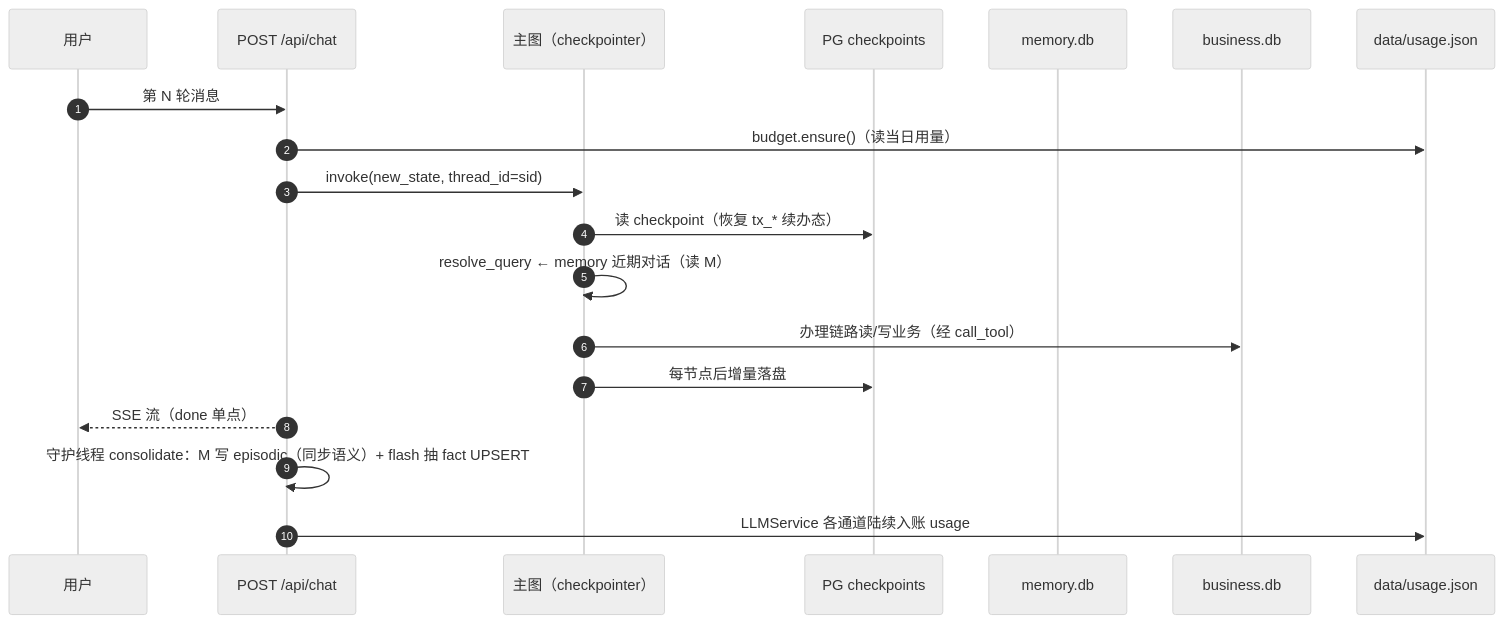
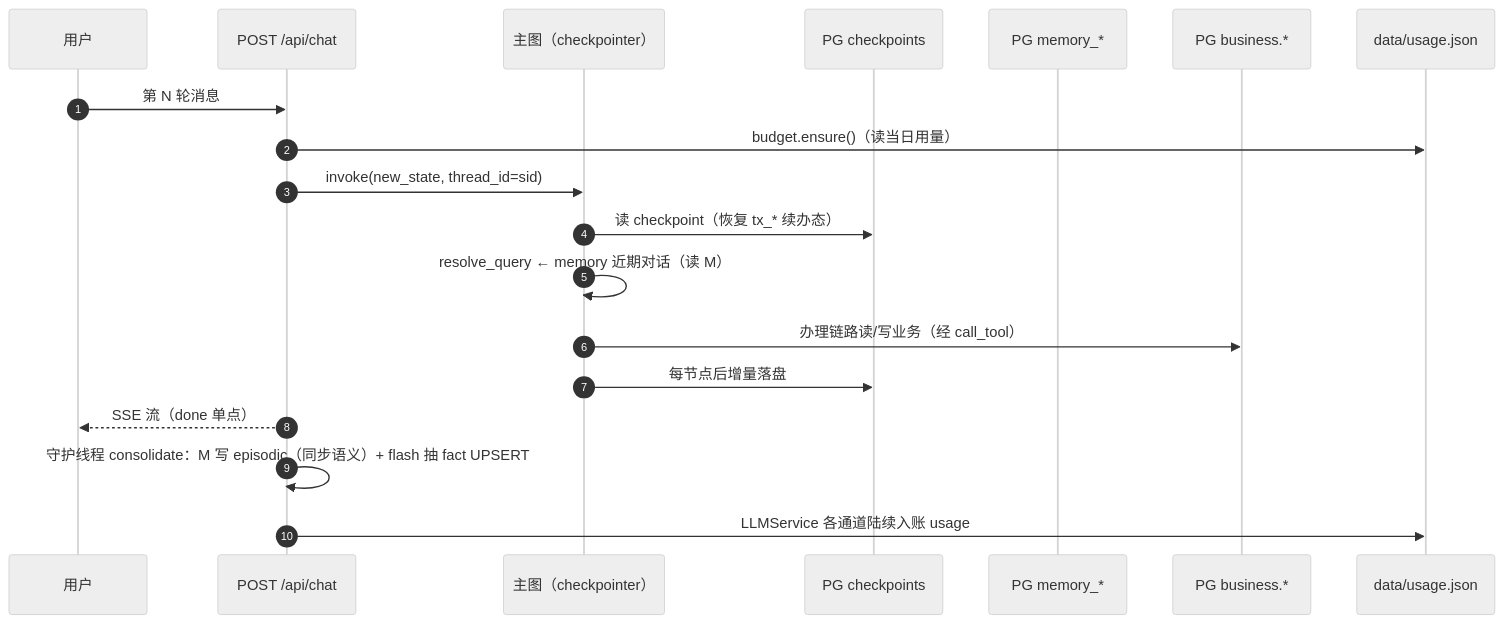
One commit to Thekshy/gewu changed the diagram in docs/architecture/07-state-persistence.md. Above: the diagram before and after it, drawn with Mermaid (neutral theme). The commit also changed other lines of this file and 18 other files, not shown here.

````diff
--- a/docs/architecture/07-state-persistence.md
+++ b/docs/architecture/07-state-persistence.md
@@ -60,22 +60,22 @@
 ```mermaid
 sequenceDiagram
     autonumber
     participant U as 用户
     participant A as POST /api/chat
     participant G as 主图（checkpointer）
     participant PG as PG checkpoints
-    participant M as memory.db
-    participant B as business.db
+    participant M as PG memory_*
+    participant B as PG business.*
     participant J as data/usage.json
 
     U->>A: 第 N 轮消息
     A->>J: budget.ensure()（读当日用量）
     A->>G: invoke(new_state, thread_id=sid)
     G->>PG: 读 checkpoint（恢复 tx_* 续办态）
     G->>G: resolve_query ← memory 近期对话（读 M）
     G->>B: 办理链路读/写业务（经 call_tool）
     G->>PG: 每节点后增量落盘
     A-->>U: SSE 流（done 单点）
     A->>A: 守护线程 consolidate：M 写 episodic（同步语义）+ flash 抽 fact UPSERT
     A->>J: LLMService 各通道陆续入账 usage
 ```
````
